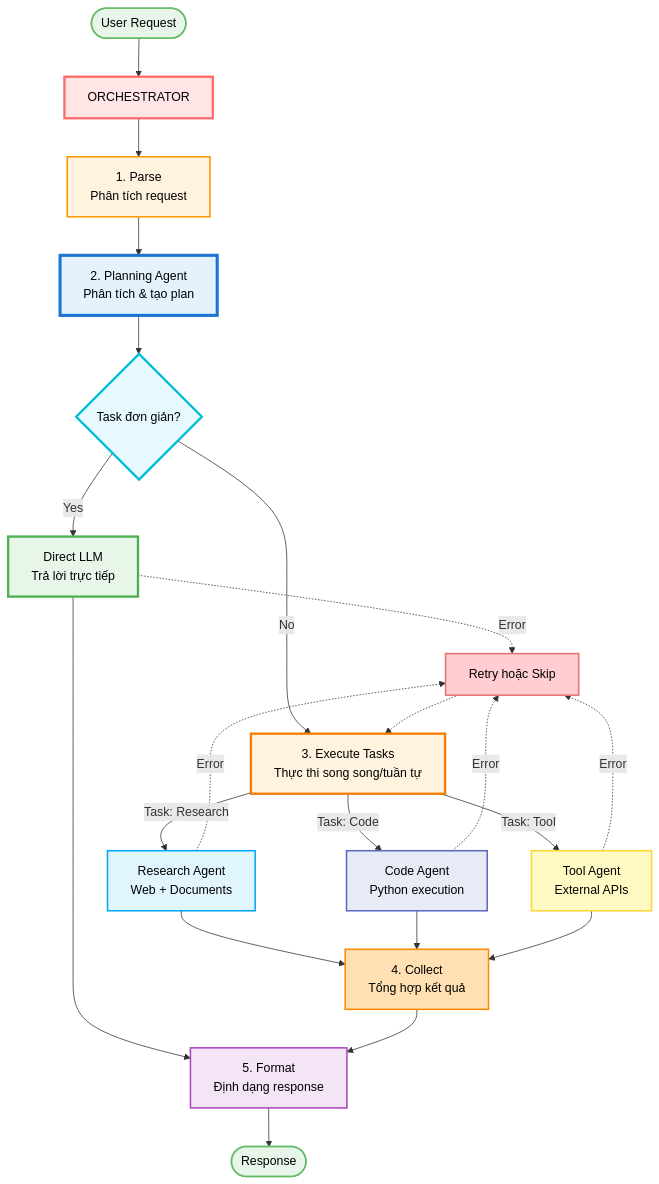
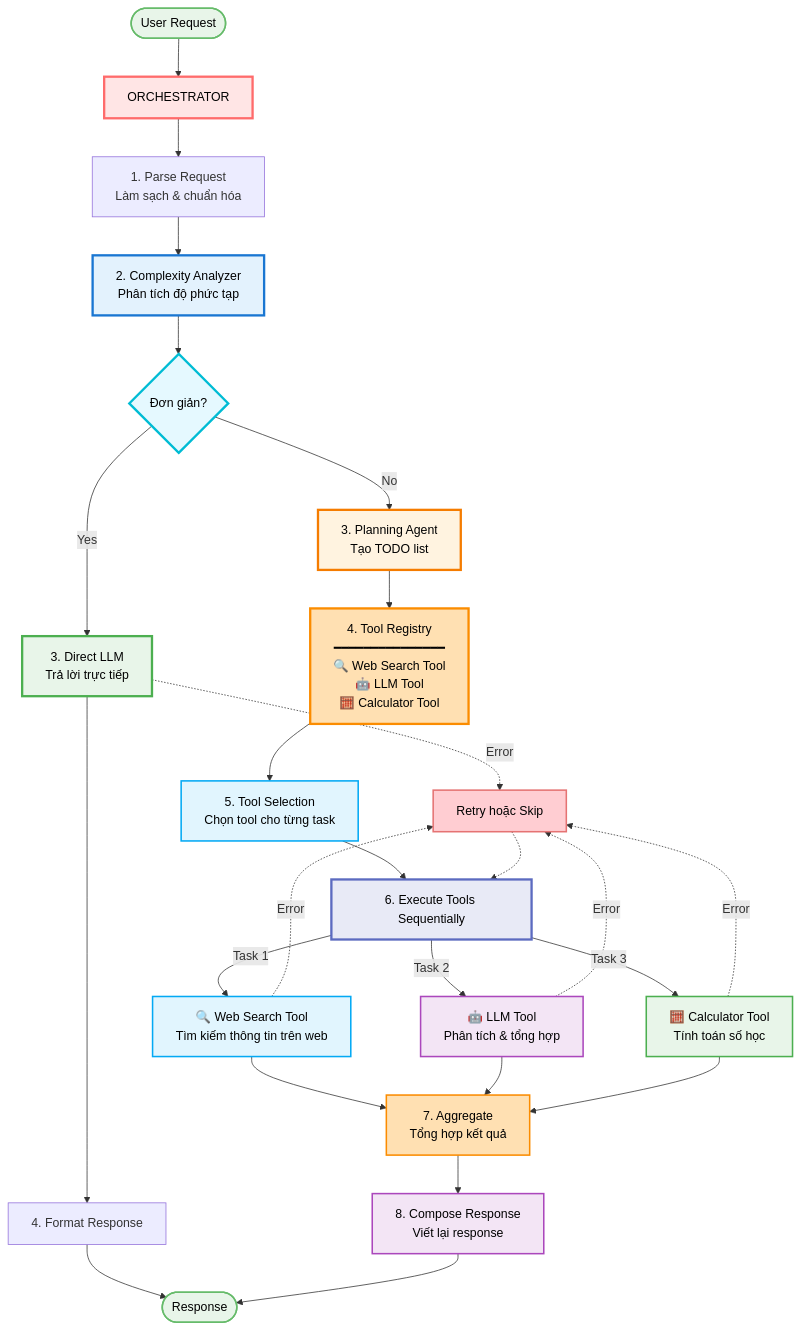
One commit to DTin01603/AI_project changed the diagram in flowchart TD.mmd. Above: the diagram before and after it, drawn with Mermaid.

Commit message:
Tin_init

```diff
--- a/flowchart TD.mmd
+++ b/flowchart TD.mmd
@@ -1,50 +1,59 @@
 flowchart TD
     Start([User Request]) --> Orchestrator[ORCHESTRATOR]
     
-    Orchestrator --> Parse[1. Parse<br/>Phân tích request]
+    Orchestrator --> Parse[1. Parse Request<br/>Làm sạch & chuẩn hóa]
     
-    Parse --> PlanningAgent[2. Planning Agent<br/>Phân tích & tạo plan]
+    Parse --> Complexity[2. Complexity Analyzer<br/>Phân tích độ phức tạp]
     
-    PlanningAgent --> Decision{Task đơn giản?}
+    Complexity --> Decision{Đơn giản?}
     
-    %% Simple path - Direct LLM
-    Decision -->|Yes| DirectLLM[Direct LLM<br/>Trả lời trực tiếp]
-    DirectLLM --> Format
+    %% Simple Path
+    Decision -->|Yes| DirectLLM[3. Direct LLM<br/>Trả lời trực tiếp]
+    DirectLLM --> FormatSimple[4. Format Response]
+    FormatSimple --> Response([Response])
     
-    %% Complex path - Multi-agent
-    Decision -->|No| Execute[3. Execute Tasks<br/>Thực thi song song/tuần tự]
+    %% Complex Path
+    Decision -->|No| Planning[3. Planning Agent<br/>Tạo TODO list]
     
-    Execute -->|Task: Research| Research[Research Agent<br/>Web + Documents]
-    Execute -->|Task: Code| Code[Code Agent<br/>Python execution]
-    Execute -->|Task: Tool| Tool[Tool Agent<br/>External APIs]
+    Planning --> ToolRegistry[4. Tool Registry<br/>━━━━━━━━━━━━━━━<br/>🔍 Web Search Tool<br/>🤖 LLM Tool<br/>🧮 Calculator Tool]
     
-    Research --> Collect[4. Collect<br/>Tổng hợp kết quả]
-    Code --> Collect
-    Tool --> Collect
+    ToolRegistry --> SelectLoop[5. Tool Selection<br/>Chọn tool cho từng task]
     
-    Collect --> Format[5. Format<br/>Định dạng response]
+    SelectLoop --> ExecuteLoop[6. Execute Tools Sequentially]
     
-    Format --> Response([Response])
+    ExecuteLoop -->|Task 1| Tool1[🔍 Web Search Tool<br/>Tìm kiếm thông tin trên web]
+    ExecuteLoop -->|Task 2| Tool2[🤖 LLM Tool<br/>Phân tích & tổng hợp]
+    ExecuteLoop -->|Task 3| Tool3[🧮 Calculator Tool<br/>Tính toán số học]
     
-    %% Error handling
-    Research -.->|Error| Retry[Retry hoặc Skip]
-    Code -.->|Error| Retry
-    Tool -.->|Error| Retry
-    DirectLLM -.->|Error| Retry
-    Retry -.-> Execute
+    Tool1 --> Collect[7. Aggregate<br/>Tổng hợp kết quả]
+    Tool2 --> Collect
+    Tool3 --> Collect
+    
+    Collect --> FormatComplex[8. Compose Response<br/>Viết lại response]
+    
+    FormatComplex --> Response
+    
+    %% Error Handling
+    DirectLLM -.->|Error| Retry[Retry hoặc Skip]
+    Tool1 -.->|Error| Retry
+    Tool2 -.->|Error| Retry
+    Tool3 -.->|Error| Retry
+    Retry -.-> ExecuteLoop
     
     %% Styling
     style Orchestrator fill:#FFE5E5,stroke:#FF6B6B,stroke-width:3px,color:#000
-    style PlanningAgent fill:#E3F2FD,stroke:#1976D2,stroke-width:4px,color:#000
+    style Complexity fill:#E3F2FD,stroke:#1976D2,stroke-width:3px,color:#000
     style Decision fill:#E5F9FF,stroke:#00BCD4,stroke-width:3px,color:#000
     style DirectLLM fill:#E8F5E9,stroke:#4CAF50,stroke-width:3px,color:#000
-    style Execute fill:#FFF3E0,stroke:#F57C00,stroke-width:3px,color:#000
-    style Research fill:#E1F5FE,stroke:#03A9F4,stroke-width:2px,color:#000
-    style Code fill:#E8EAF6,stroke:#5C6BC0,stroke-width:2px,color:#000
-    style Tool fill:#FFF9C4,stroke:#FDD835,stroke-width:2px,color:#000
-    style Parse fill:#FFF3E0,stroke:#FF9800,stroke-width:2px,color:#000
-    style Format fill:#F3E5F5,stroke:#AB47BC,stroke-width:2px,color:#000
+    style Planning fill:#FFF3E0,stroke:#F57C00,stroke-width:3px,color:#000
+    style ToolRegistry fill:#FFE0B2,stroke:#FB8C00,stroke-width:3px,color:#000
+    style SelectLoop fill:#E1F5FE,stroke:#03A9F4,stroke-width:2px,color:#000
+    style ExecuteLoop fill:#E8EAF6,stroke:#5C6BC0,stroke-width:3px,color:#000
+    style Tool1 fill:#E1F5FE,stroke:#03A9F4,stroke-width:2px,color:#000
+    style Tool2 fill:#F3E5F5,stroke:#AB47BC,stroke-width:2px,color:#000
+    style Tool3 fill:#E8F5E9,stroke:#4CAF50,stroke-width:2px,color:#000
     style Collect fill:#FFE0B2,stroke:#FB8C00,stroke-width:2px,color:#000
+    style FormatComplex fill:#F3E5F5,stroke:#AB47BC,stroke-width:2px,color:#000
     style Retry fill:#FFCDD2,stroke:#E57373,stroke-width:2px,color:#000
     style Start fill:#E8F5E9,stroke:#66BB6A,stroke-width:2px,color:#000
     style Response fill:#E8F5E9,stroke:#66BB6A,stroke-width:2px,color:#000
```
